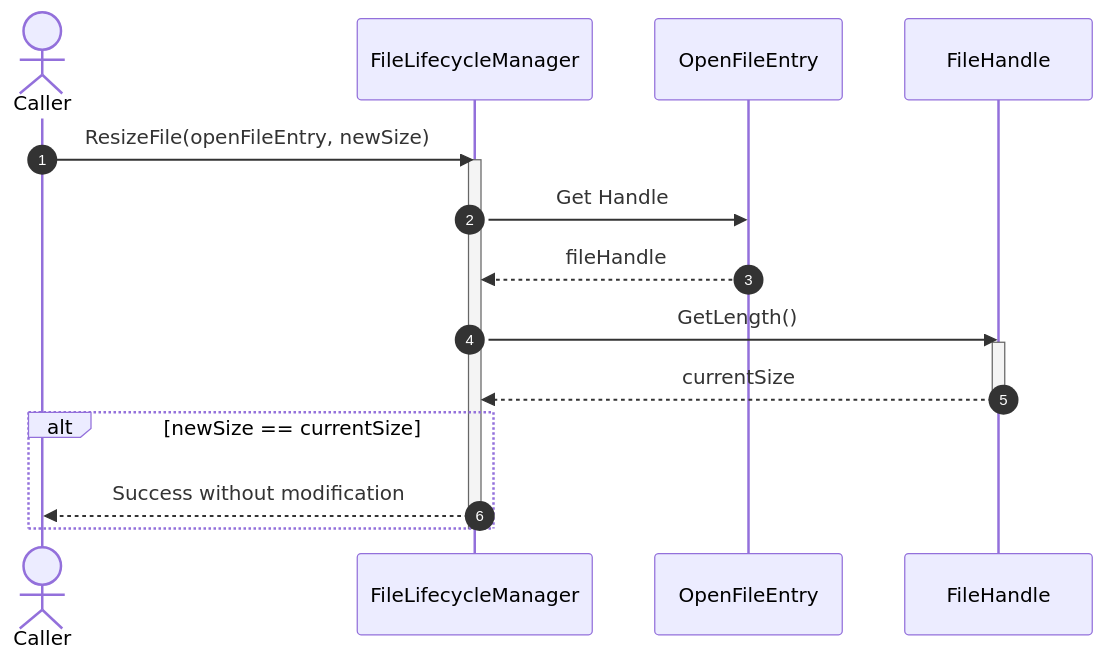
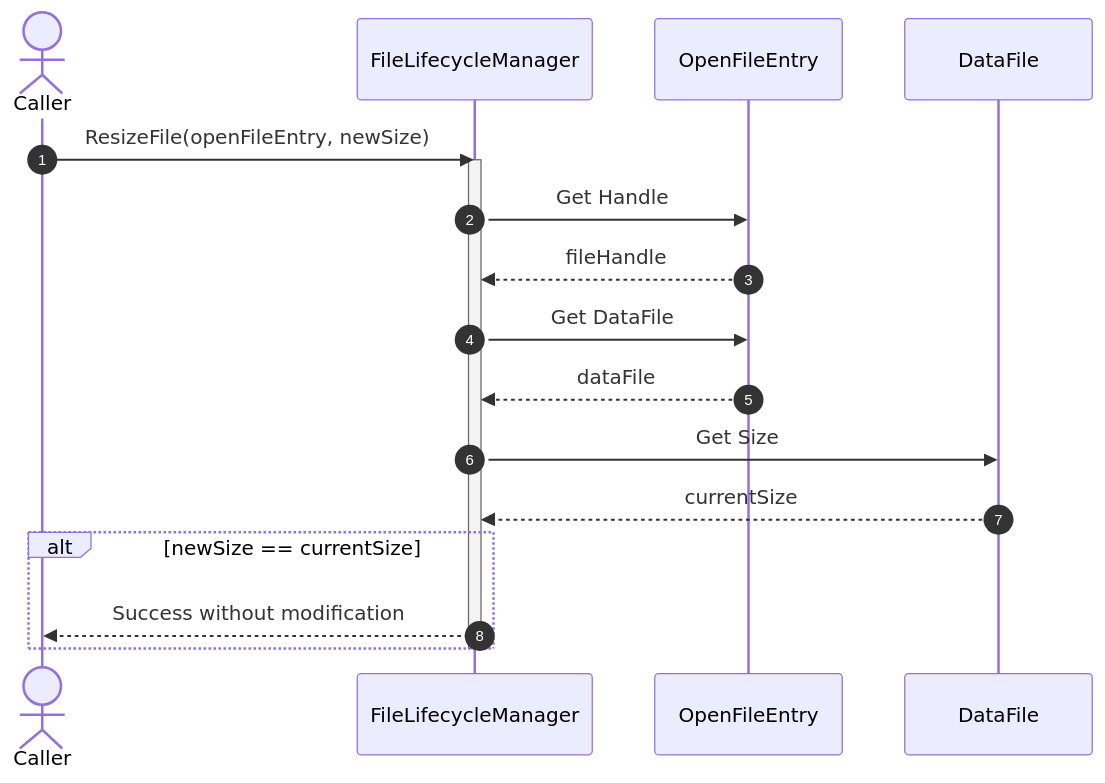
One commit to manaxpow/DBMS changed the third of 5 diagrams in docs/diagrams/sequence-diagrams/storage-engine/file-management/file-lifecycle/resize-file.md. Above: the diagram before and after it, drawn with Mermaid. The commit also changed other lines of this file and 54 other files, not shown here.

````diff
--- a/docs/diagrams/sequence-diagrams/storage-engine/file-management/file-lifecycle/resize-file.md
+++ b/docs/diagrams/sequence-diagrams/storage-engine/file-management/file-lifecycle/resize-file.md
@@ -146,26 +138,27 @@
 ```mermaid
 sequenceDiagram
     autonumber
 
     actor Caller
     participant FLM as FileLifecycleManager
     participant OE as OpenFileEntry
-    participant FH as FileHandle
+    participant DF as DataFile
 
     Caller->>FLM: ResizeFile(openFileEntry, newSize)
     activate FLM
 
     FLM->>OE: Get Handle
     OE-->>FLM: fileHandle
 
-    FLM->>FH: GetLength()
-    activate FH
-    FH-->>FLM: currentSize
-    deactivate FH
+    FLM->>OE: Get DataFile
+    OE-->>FLM: dataFile
+
+    FLM->>DF: Get Size
+    DF-->>FLM: currentSize
 
     alt newSize == currentSize
         FLM-->>Caller: Success without modification
     end
 
     deactivate FLM
 ```
````
